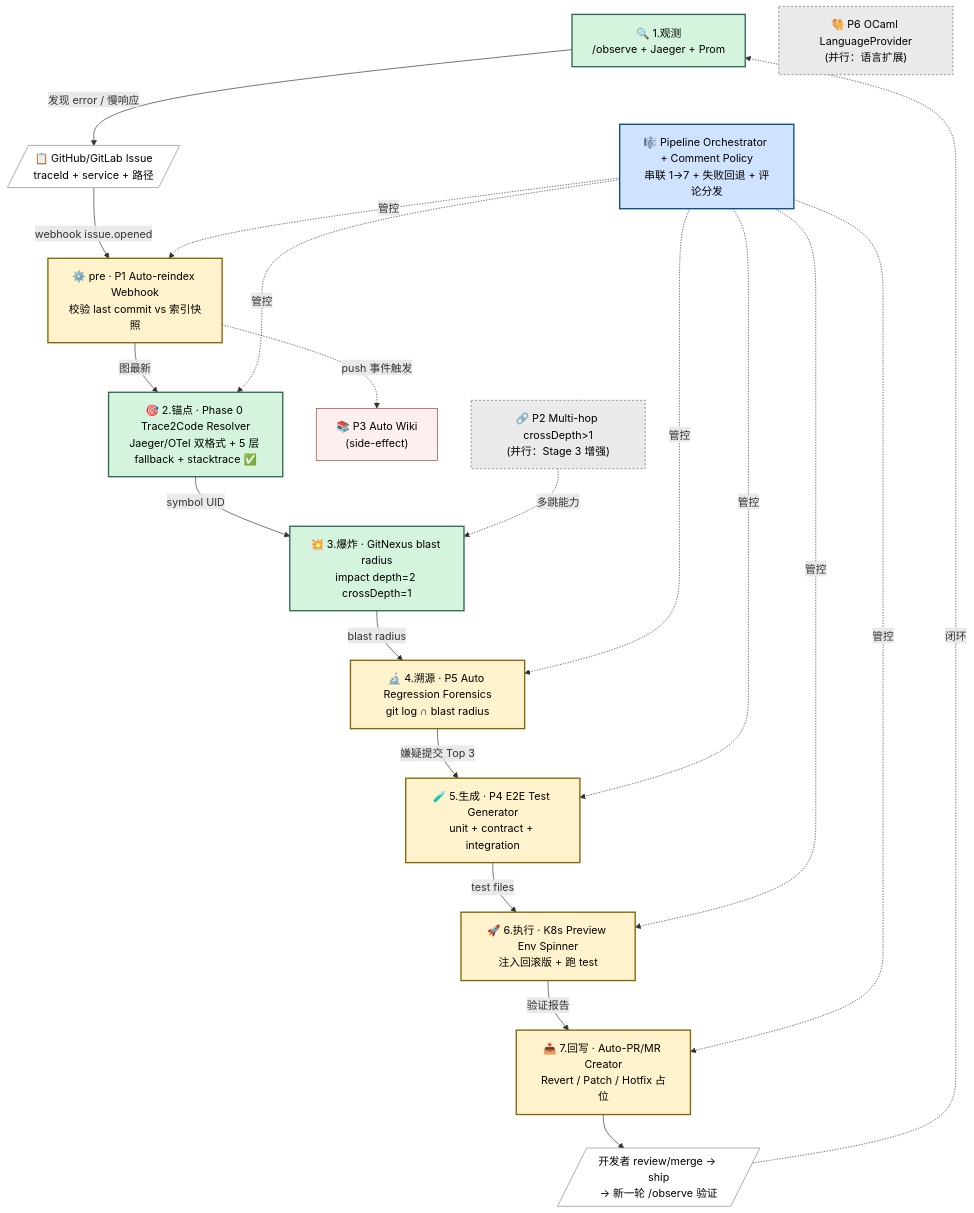
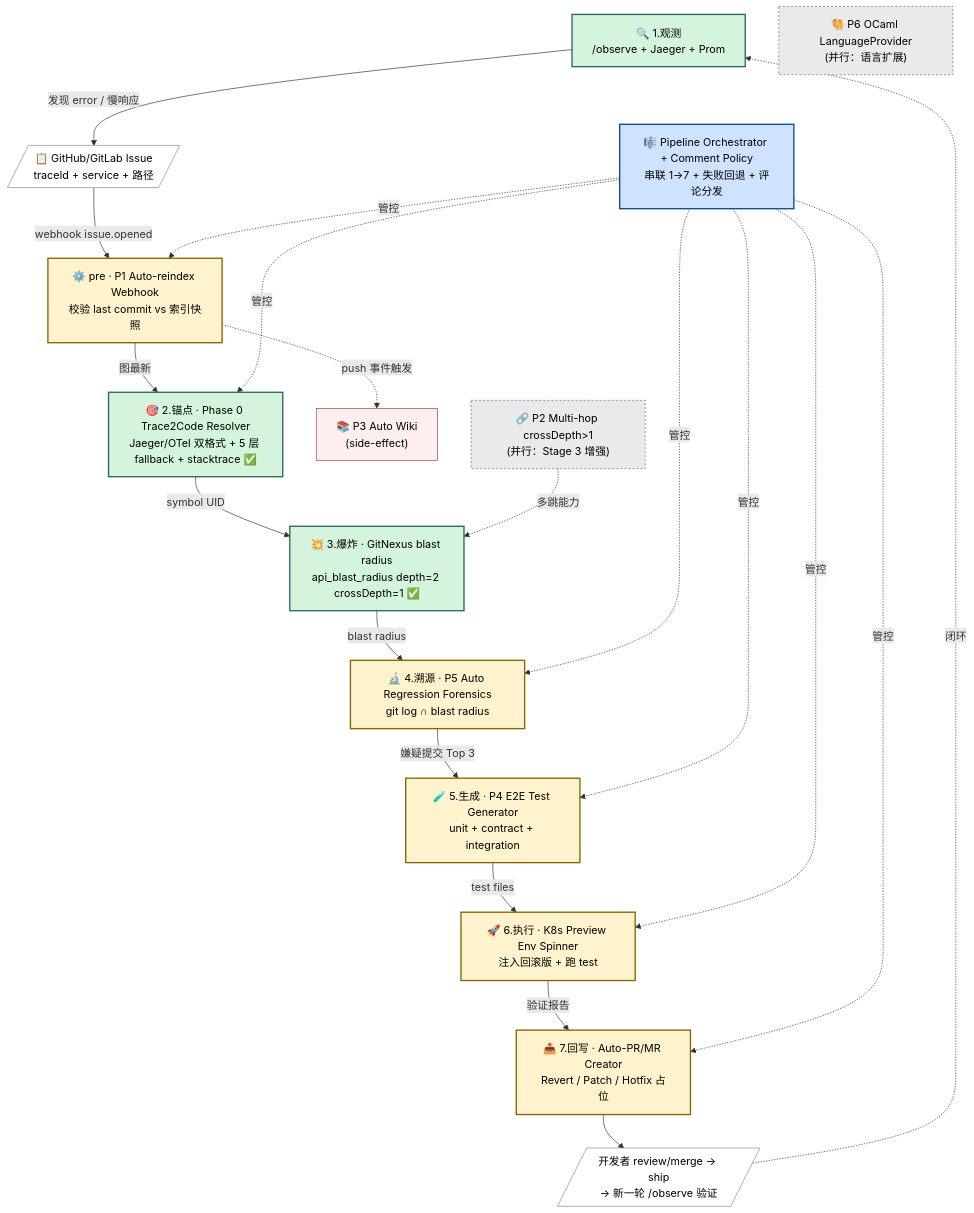
One commit to zxs1633079383/GitNexus changed the diagram in docs/learn/diagrams/16-agentic-devops-7-stage-loop.mmd. Above: the diagram before and after it, drawn with Mermaid. The commit also changed 3 other files, not shown here.

First line of the commit message:
feat(stage-3): 加 api_blast_radius MCP 工具 包装 impact()

```diff
--- a/docs/learn/diagrams/16-agentic-devops-7-stage-loop.mmd
+++ b/docs/learn/diagrams/16-agentic-devops-7-stage-loop.mmd
@@ -1,47 +1,47 @@
 %% Agentic DevOps 7 阶段闭环 —— 团队自建版 GitNexus 企业版
 %% 配套文档：docs/learn/Agentic-DevOps-企业版路线图-v2.md §0.2
 
 flowchart TB
     OBS["🔍 1.观测<br/>/observe + Jaeger + Prom"]:::existing
     ISSUE[/"📋 GitHub/GitLab Issue<br/>traceId + service + 路径"/]:::external
     PRE["⚙️ pre · P1 Auto-reindex Webhook<br/>校验 last commit vs 索引快照"]:::new
     S2["🎯 2.锚点 · Phase 0 Trace2Code Resolver<br/>Jaeger/OTel 双格式 + 5 层 fallback + stacktrace ✅"]:::existing
-    S3["💥 3.爆炸 · GitNexus blast radius<br/>impact depth=2 crossDepth=1"]:::existing
+    S3["💥 3.爆炸 · GitNexus blast radius<br/>api_blast_radius depth=2 crossDepth=1 ✅"]:::existing
     S4["🔬 4.溯源 · P5 Auto Regression Forensics<br/>git log ∩ blast radius"]:::new
     S5["🧪 5.生成 · P4 E2E Test Generator<br/>unit + contract + integration"]:::new
     S6["🚀 6.执行 · K8s Preview Env Spinner<br/>注入回滚版 + 跑 test"]:::new
     S7["📤 7.回写 · Auto-PR/MR Creator<br/>Revert / Patch / Hotfix 占位"]:::new
     LOOP[/"开发者 review/merge → ship<br/>→ 新一轮 /observe 验证"/]:::external
 
     ORCH["🎼 Pipeline Orchestrator + Comment Policy<br/>串联 1→7 + 失败回退 + 评论分发"]:::cross
     WIKI["📚 P3 Auto Wiki<br/>(side-effect)"]:::side
     P2["🔗 P2 Multi-hop crossDepth>1<br/>(并行：Stage 3 增强)"]:::parallel
     P6["🐫 P6 OCaml LanguageProvider<br/>(并行：语言扩展)"]:::parallel
 
     OBS -->|发现 error / 慢响应| ISSUE
     ISSUE -->|webhook issue.opened| PRE
     PRE -->|图最新| S2
     S2 -->|symbol UID| S3
     S3 -->|blast radius| S4
     S4 -->|嫌疑提交 Top 3| S5
     S5 -->|test files| S6
     S6 -->|验证报告| S7
     S7 --> LOOP
     LOOP -.->|闭环| OBS
 
     ORCH -.->|管控| PRE
     ORCH -.->|管控| S2
     ORCH -.->|管控| S4
     ORCH -.->|管控| S5
     ORCH -.->|管控| S6
     ORCH -.->|管控| S7
 
     PRE -.->|push 事件触发| WIKI
     P2 -.->|多跳能力| S3
 
     classDef existing fill:#d4f4dd,stroke:#2d6a4f,color:#000,stroke-width:2px
     classDef new fill:#fff3cd,stroke:#856404,color:#000,stroke-width:2px
     classDef cross fill:#cfe2ff,stroke:#0a4d8c,color:#000,stroke-width:2px
     classDef side fill:#fcefee,stroke:#a04040,color:#000,stroke-width:1px
     classDef parallel fill:#eaeaea,stroke:#666,color:#000,stroke-width:1px,stroke-dasharray: 3 3
     classDef external fill:#fff,stroke:#888,color:#000,stroke-width:1px
```
